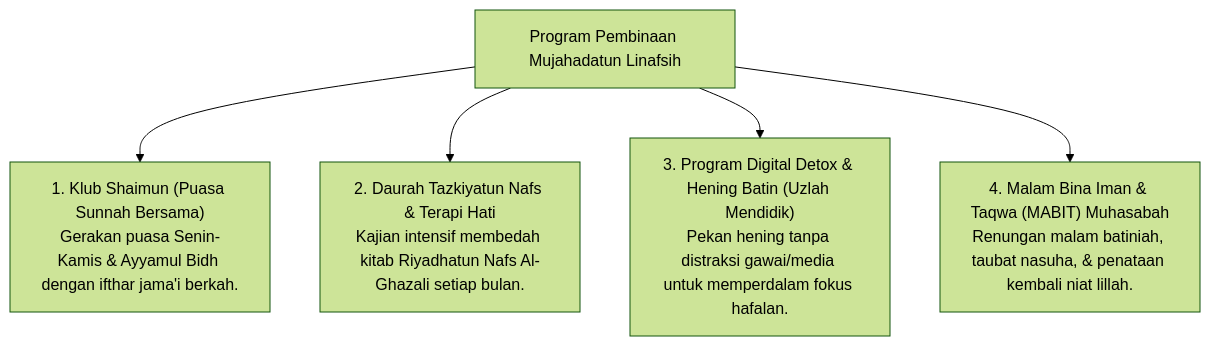
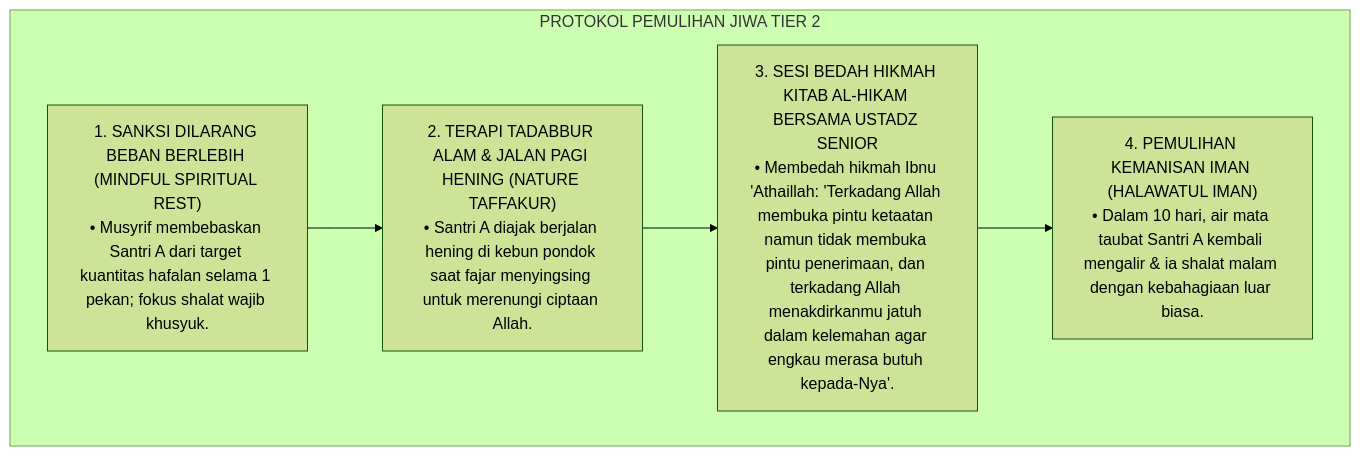
The fifth of 8 diagrams in 03 Capacity Framework/09 Mujahadatun Linafsih/P3-09-11-Program-Pembinaan-dan-Halaqah.md (wandiapriliyandi/tumbuh), drawn with Mermaid (forest theme) before and after one commit. The commit also changed other lines of this file and 14 other files, not shown here.

Commit message:
docs(03-capacity): complete all 15 research monographs for 09 Mujahadatun Linafsih

````diff
--- a/03 Capacity Framework/09 Mujahadatun Linafsih/P3-09-11-Program-Pembinaan-dan-Halaqah.md
+++ b/03 Capacity Framework/09 Mujahadatun Linafsih/P3-09-11-Program-Pembinaan-dan-Halaqah.md
@@ -10,9 +137,14 @@
 ```mermaid
-graph TD
-    Program["Program Pembinaan Mujahadatun Linafsih"]
-    
-    Program --> P1["1. Klub Shaimun (Puasa Sunnah Bersama)<br/>Gerakan puasa Senin-Kamis & Ayyamul Bidh dengan ifthar jama'i berkah."]
-    Program --> P2["2. Daurah Tazkiyatun Nafs & Terapi Hati<br/>Kajian intensif membedah kitab Riyadhatun Nafs Al-Ghazali setiap bulan."]
-    Program --> P3["3. Program Digital Detox & Hening Batin (Uzlah Mendidik)<br/>Pekan hening tanpa distraksi gawai/media untuk memperdalam fokus hafalan."]
-    Program --> P4["4. Malam Bina Iman & Taqwa (MABIT) Muhasabah<br/>Renungan malam batiniah, taubat nasuha, & penataan kembali niat lillah."]
+flowchart TD
+    subgraph ProtokolPemulihanFutur["PROTOKOL PEMULIHAN JIWA TIER 2"]
+        Langkah1["1. SANKSI DILARANG BEBAN BERLEBIH (MINDFUL SPIRITUAL REST)<br/>• Musyrif membebaskan Santri A dari target kuantitas hafalan selama 1 pekan; fokus shalat wajib khusyuk."]
+        
+        Langkah2["2. TERAPI TADABBUR ALAM & JALAN PAGI HENING (NATURE TAFFAKUR)<br/>• Santri A diajak berjalan hening di kebun pondok saat fajar menyingsing untuk merenungi ciptaan Allah."]
+        
+        Langkah3["3. SESI BEDAH HIKMAH KITAB AL-HIKAM BERSAMA USTADZ SENIOR<br/>• Membedah hikmah Ibnu 'Athaillah: 'Terkadang Allah membuka pintu ketaatan namun tidak membuka pintu penerimaan, dan terkadang Allah menakdirkanmu jatuh dalam kelemahan agar engkau merasa butuh kepada-Nya'."]
+        
+        Langkah4["4. PEMULIHAN KEMANISAN IMAN (HALAWATUL IMAN)<br/>• Dalam 10 hari, air mata taubat Santri A kembali mengalir & ia shalat malam dengan kebahagiaan luar biasa."]
+        
+        Langkah1 --> Langkah2 --> Langkah3 --> Langkah4
+    end
 ```
````
